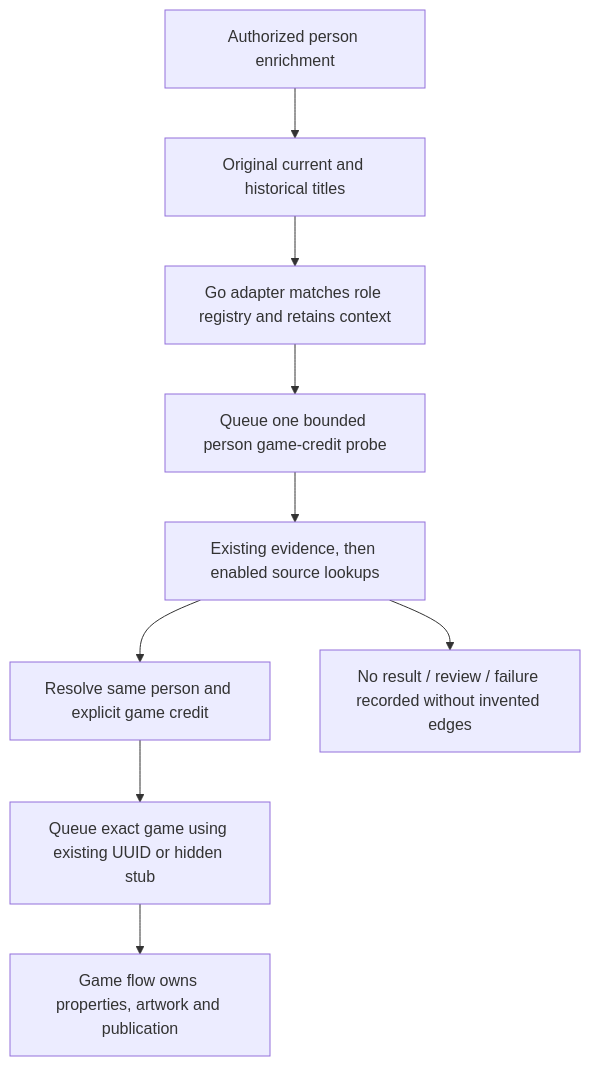
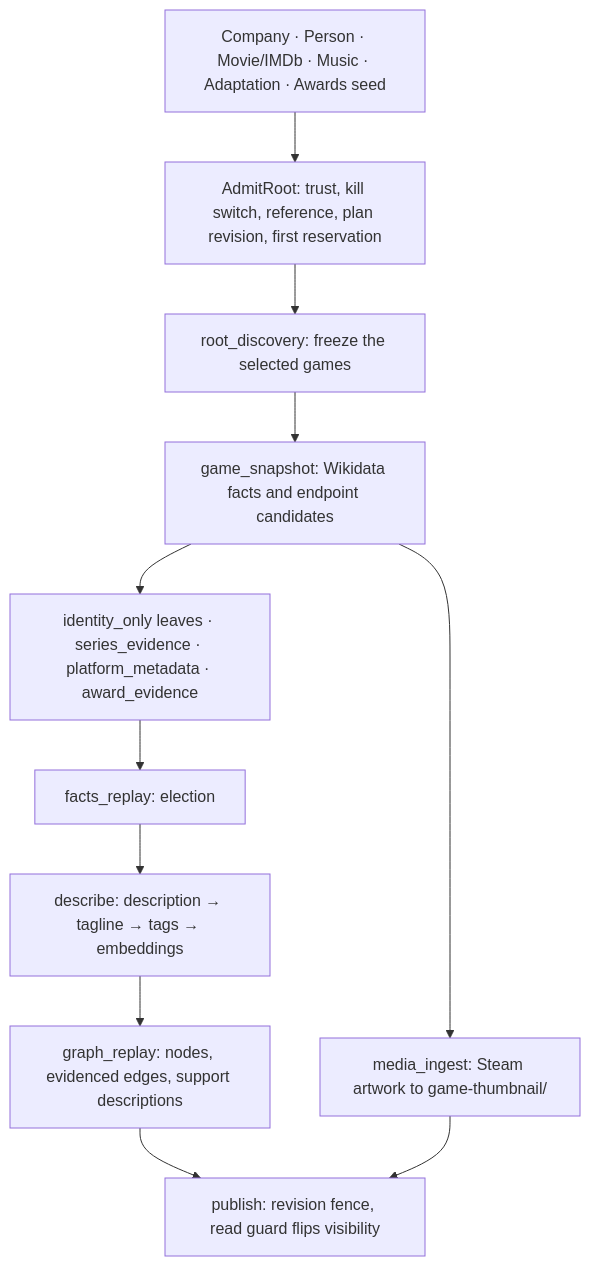
The diagram in guides/open-work/video-game-waterfall.mdx (Orbiterio/docs), drawn with Mermaid before and after one commit. The commit also changed other lines of this file and 8 other files, not shown here.

````diff
--- a/guides/open-work/video-game-waterfall.mdx
+++ b/guides/open-work/video-game-waterfall.mdx
@@ -250,11 +16,13 @@
 ```mermaid
 flowchart TD
-  P[Authorized person enrichment] --> T[Original current and historical titles]
-  T --> A[Go adapter matches role registry and retains context]
-  A --> Q[Queue one bounded person game-credit probe]
-  Q --> S[Existing evidence, then enabled source lookups]
-  S --> V[Resolve same person and explicit game credit]
-  V --> G[Queue exact game using existing UUID or hidden stub]
-  G --> F[Game flow owns properties, artwork and publication]
-  S --> N[No result / review / failure recorded without invented edges]
+  E[Company · Person · Movie/IMDb · Music · Adaptation · Awards seed] --> A[AdmitRoot: trust, kill switch, reference, plan revision, first reservation]
+  A --> D[root_discovery: freeze the selected games]
+  D --> S[game_snapshot: Wikidata facts and endpoint candidates]
+  S --> L[identity_only leaves · series_evidence · platform_metadata · award_evidence]
+  S --> M[media_ingest: Steam artwork to game-thumbnail/]
+  L --> F[facts_replay: election]
+  F --> T[describe: description → tagline → tags → embeddings]
+  T --> G[graph_replay: nodes, evidenced edges, support descriptions]
+  G --> P[publish: revision fence, read guard flips visibility]
+  M --> P
 ```
````
